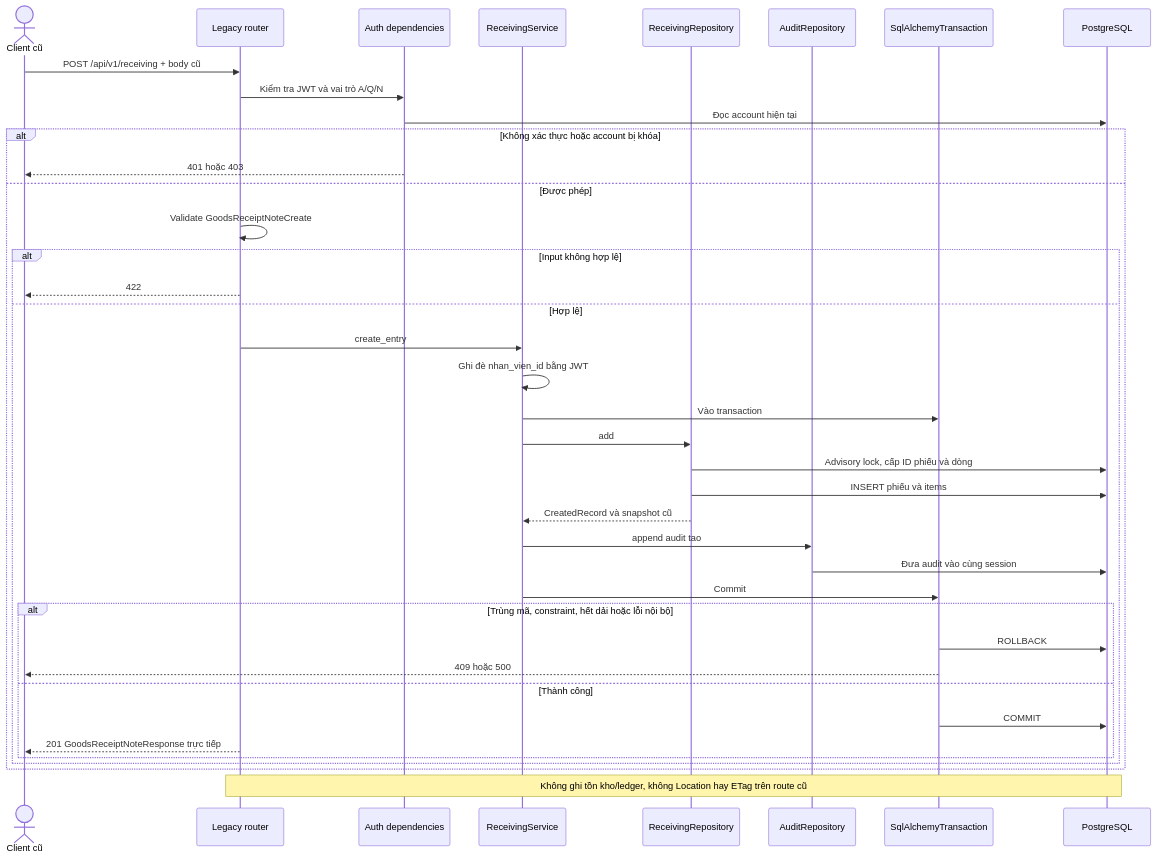
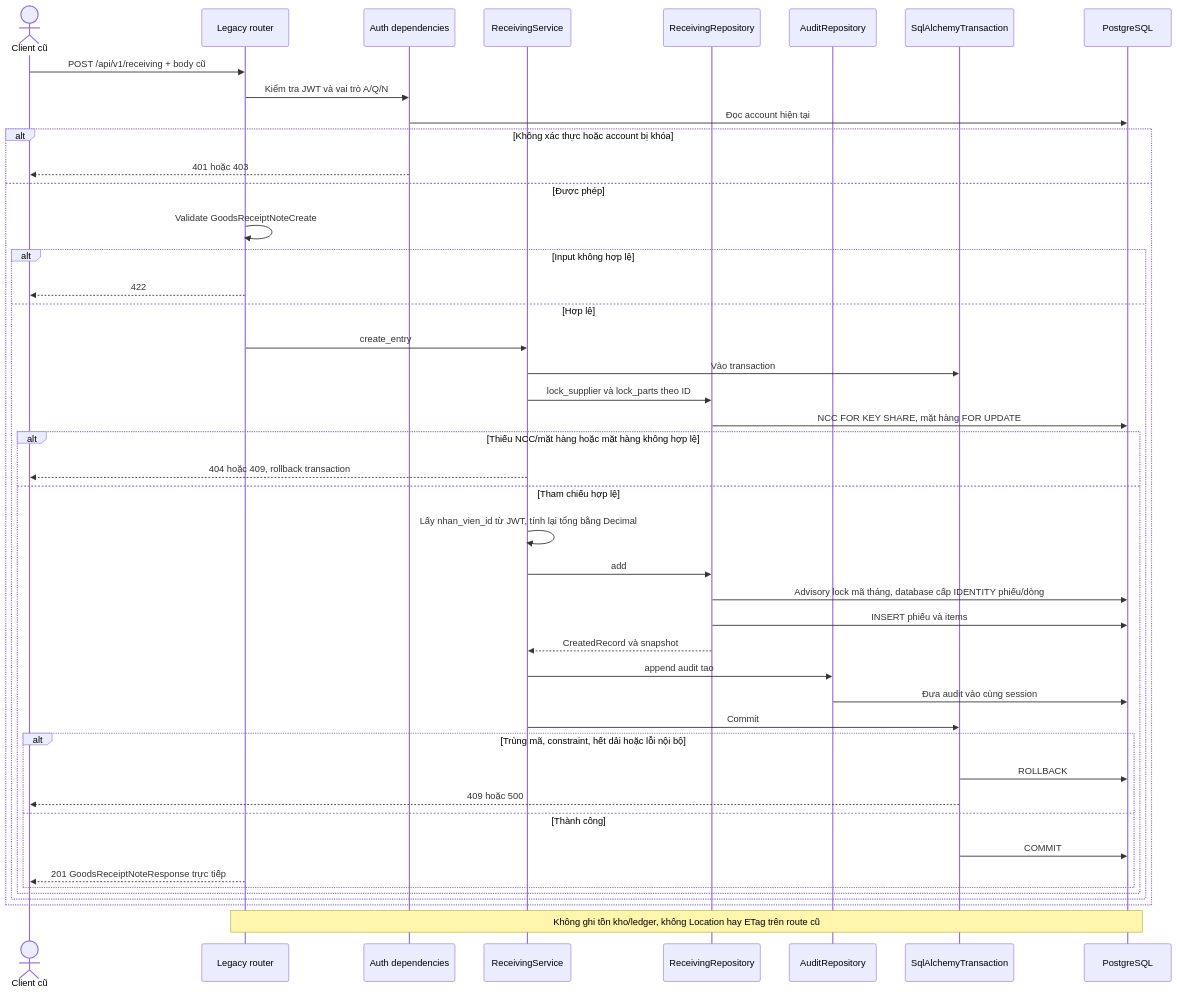
The ninth of 9 diagrams in docs/sequence/phieu_nhap.md (thanhklt/xbike-mrp-system), drawn with Mermaid before and after one commit. The commit also changed other lines of this file and 28 other files, not shown here.

````diff
--- a/docs/sequence/phieu_nhap.md
+++ b/docs/sequence/phieu_nhap.md
@@ -459,41 +475,47 @@
 ```mermaid
 sequenceDiagram
     actor C as Client cũ
     participant R as Legacy router
     participant D as Auth dependencies
     participant S as ReceivingService
     participant P as ReceivingRepository
     participant A as AuditRepository
     participant T as SqlAlchemyTransaction
     participant DB as PostgreSQL
     C->>R: POST /api/v1/receiving + body cũ
     R->>D: Kiểm tra JWT và vai trò A/Q/N
     D->>DB: Đọc account hiện tại
     alt Không xác thực hoặc account bị khóa
         D-->>C: 401 hoặc 403
     else Được phép
         R->>R: Validate GoodsReceiptNoteCreate
         alt Input không hợp lệ
             R-->>C: 422
         else Hợp lệ
             R->>S: create_entry
-            S->>S: Ghi đè nhan_vien_id bằng JWT
             S->>T: Vào transaction
-            S->>P: add
-            P->>DB: Advisory lock, cấp ID phiếu và dòng
-            P->>DB: INSERT phiếu và items
-            P-->>S: CreatedRecord và snapshot cũ
-            S->>A: append audit tao
-            A->>DB: Đưa audit vào cùng session
-            S->>T: Commit
-            alt Trùng mã, constraint, hết dải hoặc lỗi nội bộ
-                T->>DB: ROLLBACK
-                T-->>C: 409 hoặc 500
-            else Thành công
-                T->>DB: COMMIT
-                R-->>C: 201 GoodsReceiptNoteResponse trực tiếp
+            S->>P: lock_supplier và lock_parts theo ID
+            P->>DB: NCC FOR KEY SHARE, mặt hàng FOR UPDATE
+            alt Thiếu NCC/mặt hàng hoặc mặt hàng không hợp lệ
+                S-->>C: 404 hoặc 409, rollback transaction
+            else Tham chiếu hợp lệ
+                S->>S: Lấy nhan_vien_id từ JWT, tính lại tổng bằng Decimal
+                S->>P: add
+                P->>DB: Advisory lock mã tháng, database cấp IDENTITY phiếu/dòng
+                P->>DB: INSERT phiếu và items
+                P-->>S: CreatedRecord và snapshot
+                S->>A: append audit tao
+                A->>DB: Đưa audit vào cùng session
+                S->>T: Commit
+                alt Trùng mã, constraint, hết dải hoặc lỗi nội bộ
+                    T->>DB: ROLLBACK
+                    T-->>C: 409 hoặc 500
+                else Thành công
+                    T->>DB: COMMIT
+                    R-->>C: 201 GoodsReceiptNoteResponse trực tiếp
+                end
             end
         end
     end
     Note over R,DB: Không ghi tồn kho/ledger, không Location hay ETag trên route cũ
 ```
````
